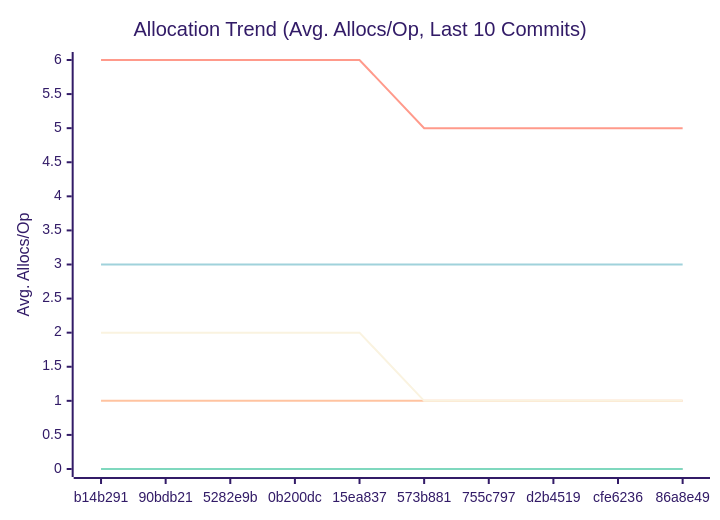
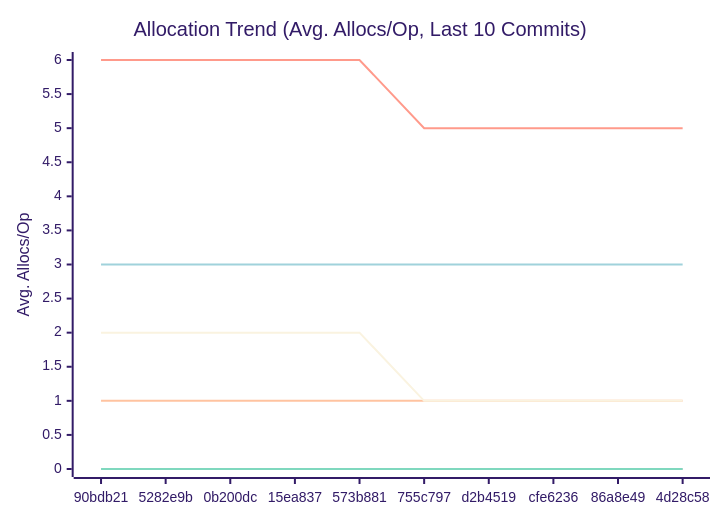
Before and after one commit to alsotoes/momo: the third of 3 diagrams in docs/PERFORMANCE.md, drawn with Mermaid (forest theme). The commit also changed other lines of this file and 2 other files, not shown here.

````diff
--- a/docs/PERFORMANCE.md
+++ b/docs/PERFORMANCE.md
@@ -114,16 +114,16 @@
 ```mermaid
 xychart-beta
     title "Allocation Trend (Avg. Allocs/Op, Last 10 Commits)"
     x-axis "Commit"
     y-axis "Avg. Allocs/Op"
-    x-axis [b14b291,90bdb21,5282e9b,0b200dc,15ea837,573b881,755c797,d2b4519,cfe6236,86a8e49]
+    x-axis [90bdb21,5282e9b,0b200dc,15ea837,573b881,755c797,d2b4519,cfe6236,86a8e49,4d28c58]
     line "CheckMetricsAndSwap" [0,0,0,0,0,0,0,0,0,0]
     line "CrushOptimized" [0,0,0,0,0,0,0,0,0,0]
     line "CrushOriginal" [3,3,3,3,3,3,3,3,3,3]
     line "IndexDirectTracking" [0,0,0,0,0,0,0,0,0,0]
     line "IndexSearch" [0,0,0,0,0,0,0,0,0,0]
     line "LoadGlobalConfig" [1,1,1,1,1,1,1,1,1,1]
     line "PadString" [0,0,0,0,0,0,0,0,0,0]
     line "ParseReplicationOrder_NoPrealloc" [6,6,6,6,6,5,5,5,5,5]
     line "ParseReplicationOrder_Prealloc" [2,2,2,2,2,1,1,1,1,1]
 ```
````
